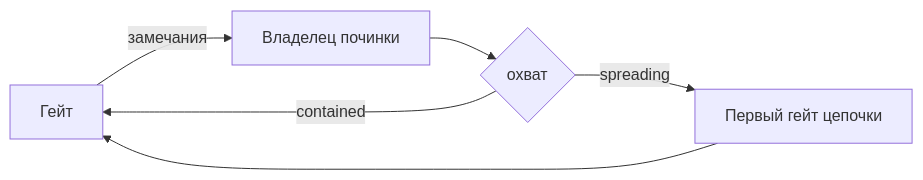
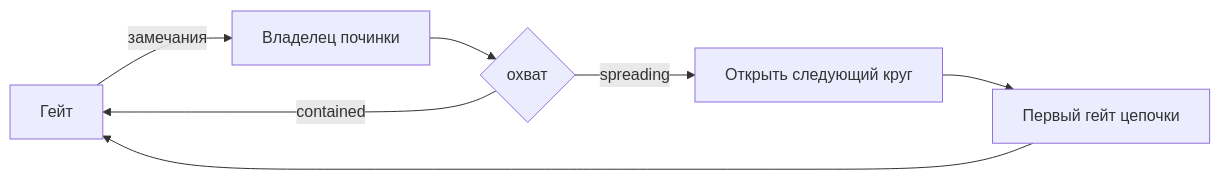
The diagram in packages/docs/src/content/docs/ru/docs/patterns/repair-reach.mdx (moira-mcp/moira), drawn with Mermaid before and after one commit. The commit also changed other lines of this file and 7 other files, not shown here.

````diff
--- a/packages/docs/src/content/docs/ru/docs/patterns/repair-reach.mdx
+++ b/packages/docs/src/content/docs/ru/docs/patterns/repair-reach.mdx
@@ -19,8 +19,9 @@
 ```mermaid
 flowchart LR
     G[Гейт] -->|замечания| R[Владелец починки]
     R --> C{охват}
     C -->|contained| G
-    C -->|spreading| V[Первый гейт цепочки]
+    C -->|spreading| A[Открыть следующий круг]
+    A --> V[Первый гейт цепочки]
     V --> G
 ```
````
